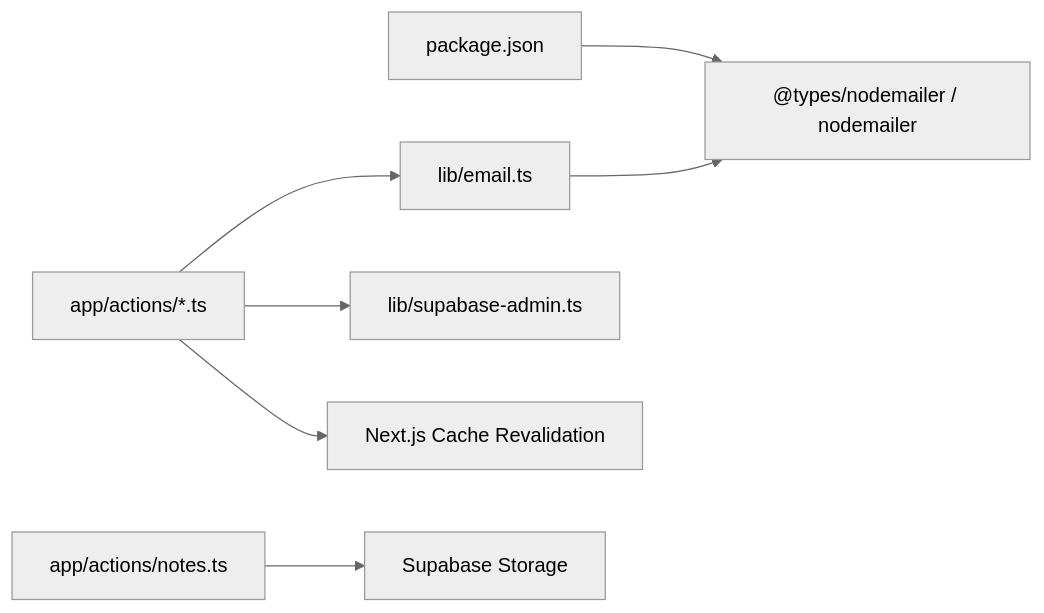
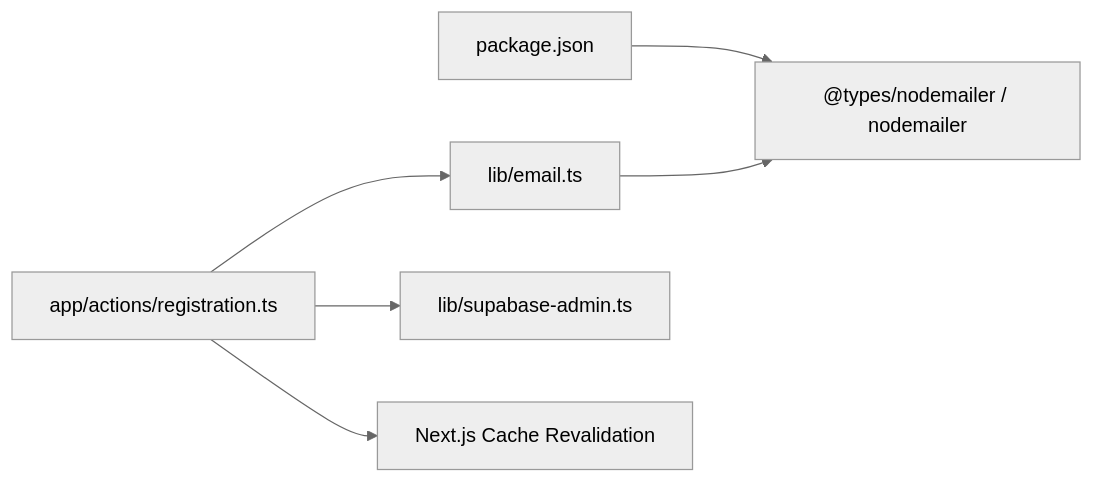
Before and after one commit to Black-box01/rhemaexpertsolutions: the ninth of 9 diagrams in .qoder/repowiki/en/content/Service Layer/Email Service.md, drawn with Mermaid (neutral theme). The commit also changed other lines of this file and 22 other files, not shown here.

````diff
--- a/.qoder/repowiki/en/content/Service Layer/Email Service.md
+++ b/.qoder/repowiki/en/content/Service Layer/Email Service.md
@@ -352,9 +314,8 @@
 ```mermaid
 graph LR
 Pkg["package.json"] --> Nodemailer["@types/nodemailer / nodemailer"]
 Email["lib/email.ts"] --> Nodemailer
-Actions["app/actions/*.ts"] --> Email
+Actions["app/actions/registration.ts"] --> Email
 Actions --> Supabase["lib/supabase-admin.ts"]
 Actions --> NextCache["Next.js Cache Revalidation"]
-Notes["app/actions/notes.ts"] --> Storage["Supabase Storage"]
 ```
````
